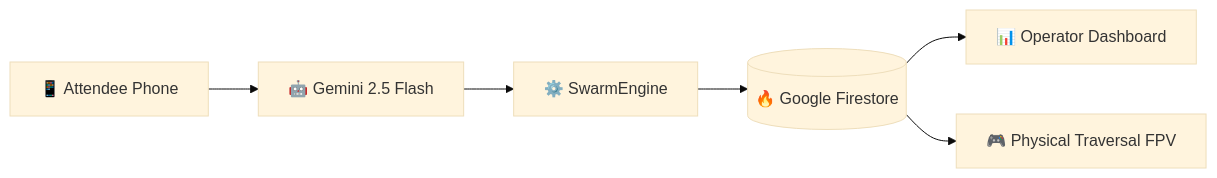
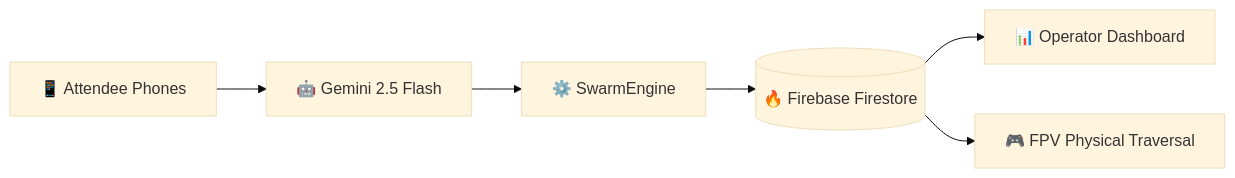
Before and after one commit to Varshith10121901/Stadium-Controler: the diagram in README.md, drawn with Mermaid (base theme). The commit also changed other lines of this file, not shown here.

````diff
--- a/README.md
+++ b/README.md
@@ -28,8 +24,8 @@
 ```mermaid
 graph LR
-    User[📱 Attendee Phone] --> Gemini[🤖 Gemini 2.5 Flash]
+    User[📱 Attendee Phones] --> Gemini[🤖 Gemini 2.5 Flash]
     Gemini --> Engine[⚙️ SwarmEngine]
-    Engine --> Firestore[(🔥 Google Firestore)]
-    Firestore --> Dash[📊 Operator Dashboard]
-    Firestore --> FPV[🎮 Physical Traversal FPV]
+    Engine --> Firestore[(🔥 Firebase Firestore)]
+    Firestore --> Dashboard[📊 Operator Dashboard]
+    Firestore --> FPV[🎮 FPV Physical Traversal]
 ```
````
